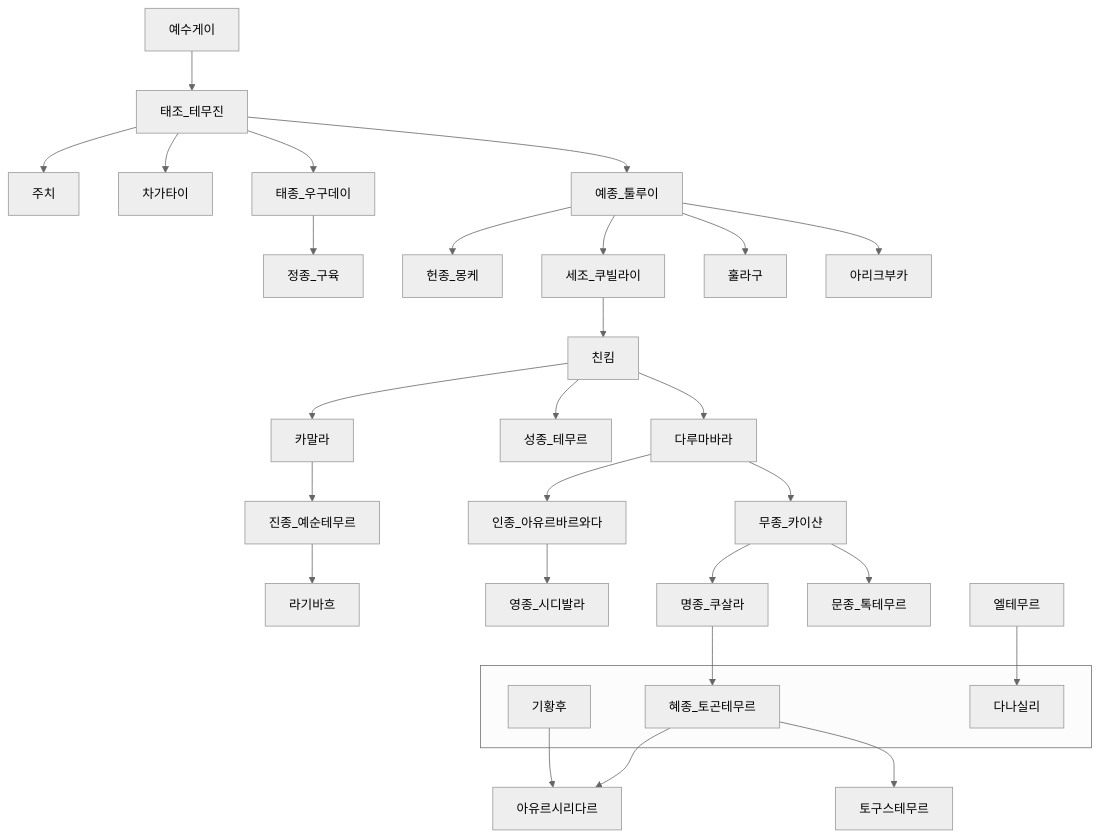
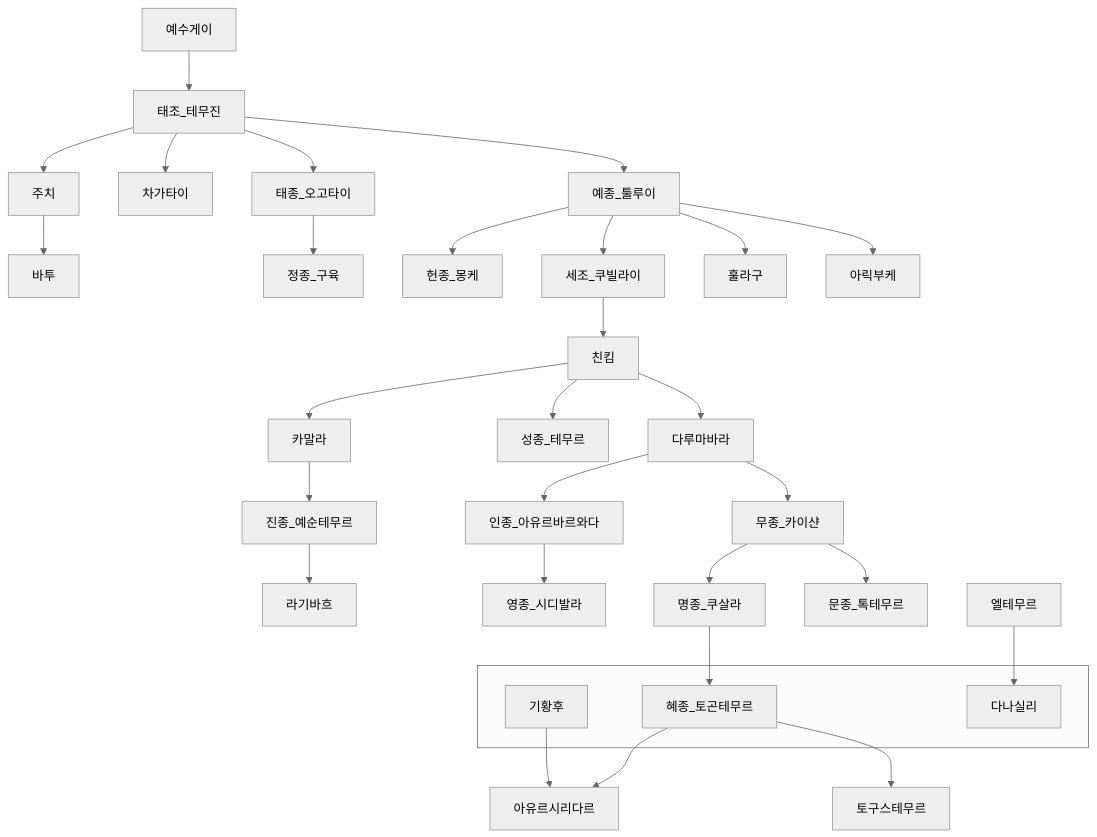
Before and after one commit to daewonyoon/historigram: the second of 2 diagrams in 중국사/원왕조.md, drawn with Mermaid (neutral theme).

Commit message:
바투

````diff
--- a/중국사/원왕조.md
+++ b/중국사/원왕조.md
@@ -36,36 +36,36 @@
 ```mermaid
 
 graph TD
 예수게이 --> 태조_테무진 
-태조_테무진 --> 주치
+태조_테무진 --> 주치 --> 바투
 태조_테무진 --> 차가타이
-태조_테무진 --> 태종_우구데이 --> 정종_구육
+태조_테무진 --> 태종_오고타이 --> 정종_구육
 태조_테무진 --> 예종_툴루이
 
 예종_툴루이 --> 헌종_몽케
 예종_툴루이 --> 세조_쿠빌라이 --> 친킴 
 예종_툴루이 --> 훌라구
-예종_툴루이 --> 아리크부카
+예종_툴루이 --> 아릭부케
 
 친킴 --> 카말라
 친킴 --> 성종_테무르
 친킴 --> 다루마바라
 
 카말라 --> 진종_예순테무르 --> 라기바흐
 
 다루마바라 --> 인종_아유르바르와다 --> 영종_시디발라
 다루마바라 --> 무종_카이샨 --> 명종_쿠살라 --> 혜종_토곤테무르 --> 아유르시리다르
 기황후 --> 아유르시리다르
 혜종_토곤테무르 --> 토구스테무르
 
 무종_카이샨 --> 문종_톡테무르
 
 엘테무르 --> 다나실리
 
 subgraph " "
     다나실리
     혜종_토곤테무르
     기황후
 end
 
 ```
````
